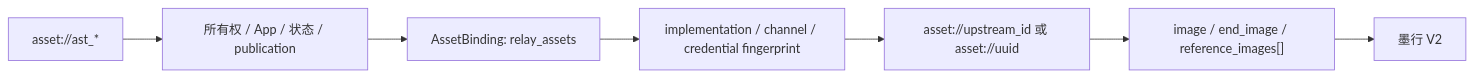
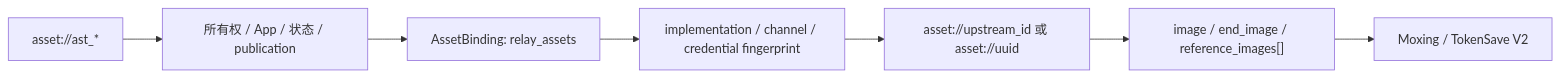
The diagram in docs/20-architecture/seedance 模型接入设计/墨行/04-Link资源与墨行素材适配设计.md (wuqiang44444444/new-api), drawn with Mermaid before and after one commit. The commit also changed other lines of this file and 146 other files, not shown here.

````diff
--- a/docs/20-architecture/seedance 模型接入设计/墨行/04-Link资源与墨行素材适配设计.md
+++ b/docs/20-architecture/seedance 模型接入设计/墨行/04-Link资源与墨行素材适配设计.md
@@ -33,9 +35,9 @@
 ```mermaid
 flowchart LR
     Client["asset://ast_*"] --> Guard["所有权 / App / 状态 / publication"]
     Guard --> Binding["AssetBinding: relay_assets"]
     Binding --> Fence["implementation / channel / credential fingerprint"]
     Fence --> Ref["asset://upstream_id 或 asset://uuid"]
     Ref --> Converter["image / end_image / reference_images[]"]
-    Converter --> Moxing["墨行 V2"]
+    Converter --> Moxing["Moxing / TokenSave V2"]
 ```
````
